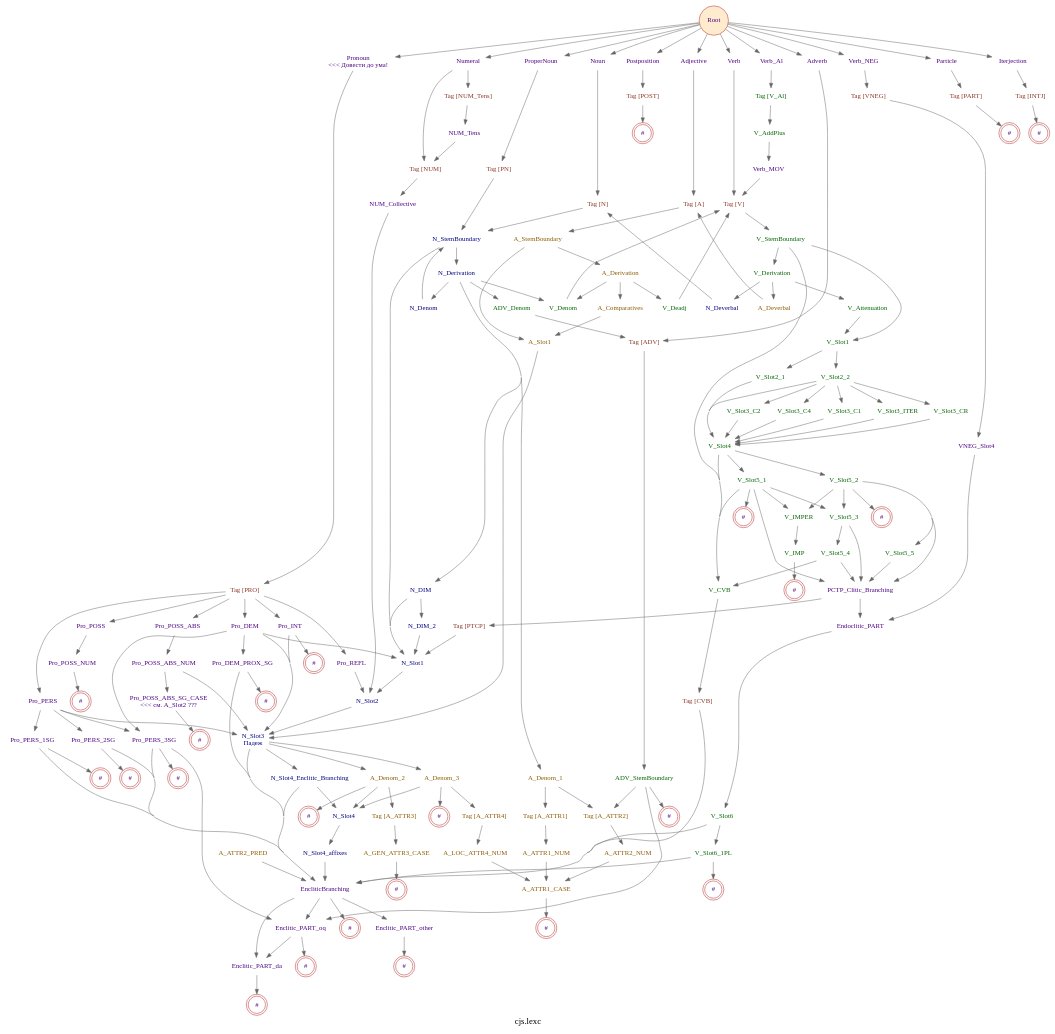
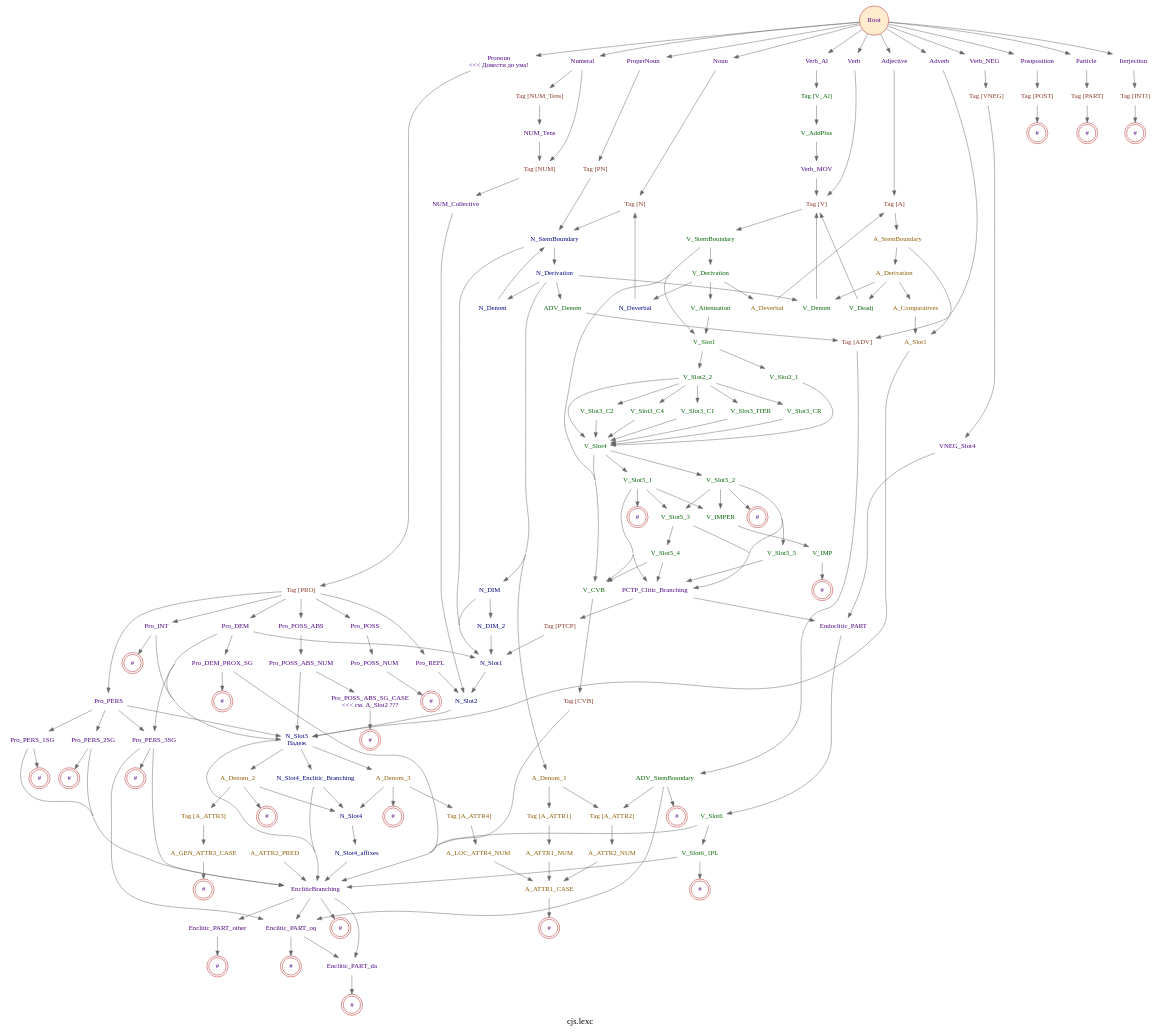
The diagram in doc/cjs.lexc.gv (kyrill-shakhovtsov/cjs-morphology-fst), drawn with Graphviz before and after one commit. The commit also changed other lines of this file and 12 other files, not shown here.

```diff
--- a/doc/cjs.lexc.gv
+++ b/doc/cjs.lexc.gv
@@ -28,12 +28,12 @@
 	}
 	subgraph Tags {
 		graph [rank=same];
+		Tag_A	[fontcolor=tomato4,
+			label="Tag [A]"];
 		Tag_N	[fontcolor=tomato4,
 			label="Tag [N]"];
 		Tag_V	[fontcolor=tomato4,
 			label="Tag [V]"];
-		Tag_A	[fontcolor=tomato4,
-			label="Tag [A]"];
 	}
 	Root	[color=firebrick,
 		fillcolor=blanchedalmond,
@@ -85,14 +85,32 @@
 	Tag_INTJ	[fontcolor=tomato4,
 		label="Tag [INTJ]"];
 	Iterjection -> Tag_INTJ;
+	A_StemBoundary	[fontcolor=orange4,
+		label=A_StemBoundary];
+	Tag_A -> A_StemBoundary;
+	ADV_StemBoundary	[fontcolor=darkgreen,
+		label=ADV_StemBoundary];
+	Tag_ADV -> ADV_StemBoundary;
+	"Tag_INTJ_#"	[color=firebrick,
+		label="#",
+		shape=doublecircle];
+	Tag_INTJ -> "Tag_INTJ_#";
 	N_StemBoundary	[fontcolor=navy,
 		label=N_StemBoundary];
 	Tag_N -> N_StemBoundary;
 	Tag_PN -> N_StemBoundary;
-	"Tag_INTJ_#"	[color=firebrick,
+	NUM_Collective	[label=NUM_Collective];
+	Tag_NUM -> NUM_Collective;
+	NUM_Tens	[label=NUM_Tens];
+	Tag_NUM_Tens -> NUM_Tens;
+	"Tag_PART_#"	[color=firebrick,
 		label="#",
 		shape=doublecircle];
-	Tag_INTJ -> "Tag_INTJ_#";
+	Tag_PART -> "Tag_PART_#";
+	"Tag_POST_#"	[color=firebrick,
+		label="#",
+		shape=doublecircle];
+	Tag_POST -> "Tag_POST_#";
 	V_StemBoundary	[fontcolor=darkgreen,
 		label=V_StemBoundary];
 	Tag_V -> V_StemBoundary;
@@ -103,164 +121,33 @@
 	Verb_MOV -> Tag_V;
 	VNEG_Slot4	[label=VNEG_Slot4];
 	Tag_VNEG -> VNEG_Slot4;
-	"Tag_POST_#"	[color=firebrick,
+	Tag_A_ATTR2	[fontcolor=orange4,
+		label="Tag [A_ATTR2]"];
+	ADV_StemBoundary -> Tag_A_ATTR2;
+	Enclitic_PART_oq	[label=Enclitic_PART_oq];
+	ADV_StemBoundary -> Enclitic_PART_oq;
+	"ADV_StemBoundary_#"	[color=firebrick,
 		label="#",
 		shape=doublecircle];
-	Tag_POST -> "Tag_POST_#";
-	A_StemBoundary	[fontcolor=orange4,
-		label=A_StemBoundary];
-	Tag_A -> A_StemBoundary;
-	ADV_StemBoundary	[fontcolor=darkgreen,
-		label=ADV_StemBoundary];
-	Tag_ADV -> ADV_StemBoundary;
-	"Tag_PART_#"	[color=firebrick,
+	ADV_StemBoundary -> "ADV_StemBoundary_#";
+	A_ATTR2_NUM	[fontcolor=orange4,
+		label=A_ATTR2_NUM];
+	Tag_A_ATTR2 -> A_ATTR2_NUM;
+	Enclitic_PART_da	[label=Enclitic_PART_da];
+	Enclitic_PART_oq -> Enclitic_PART_da;
+	"Enclitic_PART_oq_#"	[color=firebrick,
 		label="#",
 		shape=doublecircle];
-	Tag_PART -> "Tag_PART_#";
-	NUM_Collective	[label=NUM_Collective];
-	Tag_NUM -> NUM_Collective;
-	NUM_Tens	[label=NUM_Tens];
-	Tag_NUM_Tens -> NUM_Tens;
-	V_Derivation	[fontcolor=darkgreen,
-		label=V_Derivation];
-	V_StemBoundary -> V_Derivation;
-	V_Slot1	[fontcolor=darkgreen,
-		label=V_Slot1];
-	V_StemBoundary -> V_Slot1;
-	V_CVB	[fontcolor=darkgreen,
-		label=V_CVB];
-	V_StemBoundary -> V_CVB;
-	Endoclitic_PART	[label=Endoclitic_PART];
-	VNEG_Slot4 -> Endoclitic_PART;
-	V_Attenuation	[fontcolor=darkgreen,
-		label=V_Attenuation];
-	V_Derivation -> V_Attenuation;
-	N_Deverbal	[fontcolor=navy,
-		label=N_Deverbal];
-	V_Derivation -> N_Deverbal;
-	A_Deverbal	[fontcolor=orange4,
-		label=A_Deverbal];
-	V_Derivation -> A_Deverbal;
-	V_Slot2_1	[fontcolor=darkgreen,
-		label=V_Slot2_1];
-	V_Slot1 -> V_Slot2_1;
-	V_Slot2_2	[fontcolor=darkgreen,
-		label=V_Slot2_2];
-	V_Slot1 -> V_Slot2_2;
-	Tag_CVB	[fontcolor=tomato4,
-		label="Tag [CVB]"];
-	V_CVB -> Tag_CVB;
-	V_Attenuation -> V_Slot1;
-	N_Deverbal -> Tag_N;
-	A_Deverbal -> Tag_A;
-	V_Slot4	[fontcolor=darkgreen,
-		label=V_Slot4];
-	V_Slot2_1 -> V_Slot4;
-	V_Slot2_2 -> V_Slot4;
-	V_Slot3_C2	[fontcolor=darkgreen,
-		label=V_Slot3_C2];
-	V_Slot2_2 -> V_Slot3_C2;
-	V_Slot3_C4	[fontcolor=darkgreen,
-		label=V_Slot3_C4];
-	V_Slot2_2 -> V_Slot3_C4;
-	V_Slot3_C1	[fontcolor=darkgreen,
-		label=V_Slot3_C1];
-	V_Slot2_2 -> V_Slot3_C1;
-	V_Slot3_ITER	[fontcolor=darkgreen,
-		label=V_Slot3_ITER];
-	V_Slot2_2 -> V_Slot3_ITER;
-	V_Slot3_CR	[fontcolor=darkgreen,
-		label=V_Slot3_CR];
-	V_Slot2_2 -> V_Slot3_CR;
-	V_Slot4 -> V_CVB;
-	V_Slot5_1	[fontcolor=darkgreen,
-		label=V_Slot5_1];
-	V_Slot4 -> V_Slot5_1;
-	V_Slot5_2	[fontcolor=darkgreen,
-		label=V_Slot5_2];
-	V_Slot4 -> V_Slot5_2;
-	V_Slot3_C2 -> V_Slot4;
-	V_Slot3_C4 -> V_Slot4;
-	V_Slot3_C1 -> V_Slot4;
-	V_Slot3_ITER -> V_Slot4;
-	V_Slot3_CR -> V_Slot4;
-	V_Slot5_1 -> V_CVB;
-	V_Slot5_3	[fontcolor=darkgreen,
-		label=V_Slot5_3];
-	V_Slot5_1 -> V_Slot5_3;
-	PCTP_Clitic_Branching	[label=PCTP_Clitic_Branching];
-	V_Slot5_1 -> PCTP_Clitic_Branching;
-	"V_Slot5_1_#"	[color=firebrick,
-		label="#",
-		shape=doublecircle];
-	V_Slot5_1 -> "V_Slot5_1_#";
-	V_IMPER	[fontcolor=darkgreen,
-		label=V_IMPER];
-	V_Slot5_1 -> V_IMPER;
-	V_Slot5_2 -> V_Slot5_3;
-	V_Slot5_2 -> PCTP_Clitic_Branching;
-	V_Slot5_2 -> V_IMPER;
-	V_Slot5_5	[fontcolor=darkgreen,
-		label=V_Slot5_5];
-	V_Slot5_2 -> V_Slot5_5;
-	"V_Slot5_2_#"	[color=firebrick,
-		label="#",
-		shape=doublecircle];
-	V_Slot5_2 -> "V_Slot5_2_#";
-	V_Slot5_3 -> PCTP_Clitic_Branching;
-	V_Slot5_4	[fontcolor=darkgreen,
-		label=V_Slot5_4];
-	V_Slot5_3 -> V_Slot5_4;
-	PCTP_Clitic_Branching -> Endoclitic_PART;
-	Tag_PTCP	[fontcolor=tomato4,
-		label="Tag [PTCP]"];
-	PCTP_Clitic_Branching -> Tag_PTCP;
-	V_IMP	[fontcolor=darkgreen,
-		label=V_IMP];
-	V_IMPER -> V_IMP;
-	V_Slot5_5 -> PCTP_Clitic_Branching;
-	V_Slot5_4 -> V_CVB;
-	V_Slot5_4 -> PCTP_Clitic_Branching;
-	V_Slot6	[fontcolor=darkgreen,
-		label=V_Slot6];
-	Endoclitic_PART -> V_Slot6;
-	"V_IMP_#"	[color=firebrick,
-		label="#",
-		shape=doublecircle];
-	V_IMP -> "V_IMP_#";
-	N_Slot1	[fontcolor=navy,
-		label=N_Slot1];
-	Tag_PTCP -> N_Slot1;
+	Enclitic_PART_oq -> "Enclitic_PART_oq_#";
 	EncliticBranching	[label=EncliticBranching];
-	V_Slot6 -> EncliticBranching;
-	V_Slot6_1PL	[fontcolor=darkgreen,
-		label=V_Slot6_1PL];
-	V_Slot6 -> V_Slot6_1PL;
-	Enclitic_PART_oq	[label=Enclitic_PART_oq];
 	EncliticBranching -> Enclitic_PART_oq;
 	Enclitic_PART_other	[label=Enclitic_PART_other];
 	EncliticBranching -> Enclitic_PART_other;
-	Enclitic_PART_da	[label=Enclitic_PART_da];
 	EncliticBranching -> Enclitic_PART_da;
 	"EncliticBranching_#"	[color=firebrick,
 		label="#",
 		shape=doublecircle];
 	EncliticBranching -> "EncliticBranching_#";
-	V_Slot6_1PL -> EncliticBranching;
-	"V_Slot6_1PL_#"	[color=firebrick,
-		label="#",
-		shape=doublecircle];
-	V_Slot6_1PL -> "V_Slot6_1PL_#";
-	Tag_CVB -> EncliticBranching;
-	N_Slot2	[fontcolor=navy,
-		label=N_Slot2];
-	N_Slot1 -> N_Slot2;
-	V_AddPlus -> Verb_MOV;
-	Enclitic_PART_oq -> Enclitic_PART_da;
-	"Enclitic_PART_oq_#"	[color=firebrick,
-		label="#",
-		shape=doublecircle];
-	Enclitic_PART_oq -> "Enclitic_PART_oq_#";
 	"Enclitic_PART_other_#"	[color=firebrick,
 		label="#",
 		shape=doublecircle];
@@ -269,21 +156,20 @@
 		label="#",
 		shape=doublecircle];
 	Enclitic_PART_da -> "Enclitic_PART_da_#";
-	ADV_StemBoundary -> Enclitic_PART_oq;
-	Tag_A_ATTR2	[fontcolor=orange4,
-		label="Tag [A_ATTR2]"];
-	ADV_StemBoundary -> Tag_A_ATTR2;
-	"ADV_StemBoundary_#"	[color=firebrick,
-		label="#",
-		shape=doublecircle];
-	ADV_StemBoundary -> "ADV_StemBoundary_#";
-	A_ATTR2_NUM	[fontcolor=orange4,
-		label=A_ATTR2_NUM];
-	Tag_A_ATTR2 -> A_ATTR2_NUM;
-	N_StemBoundary -> N_Slot1;
+	Endoclitic_PART	[label=Endoclitic_PART];
+	V_Slot6	[fontcolor=darkgreen,
+		label=V_Slot6];
+	Endoclitic_PART -> V_Slot6;
+	V_Slot6 -> EncliticBranching;
+	V_Slot6_1PL	[fontcolor=darkgreen,
+		label=V_Slot6_1PL];
+	V_Slot6 -> V_Slot6_1PL;
 	N_Derivation	[fontcolor=navy,
 		label=N_Derivation];
 	N_StemBoundary -> N_Derivation;
+	N_Slot1	[fontcolor=navy,
+		label=N_Slot1];
+	N_StemBoundary -> N_Slot1;
 	N_DIM	[fontcolor=navy,
 		label=N_DIM];
 	N_Derivation -> N_DIM;
@@ -299,6 +185,9 @@
 	ADV_Denom	[fontcolor=darkgreen,
 		label=ADV_Denom];
 	N_Derivation -> ADV_Denom;
+	N_Slot2	[fontcolor=navy,
+		label=N_Slot2];
+	N_Slot1 -> N_Slot2;
 	N_DIM -> N_Slot1;
 	N_DIM_2	[fontcolor=navy,
 		label=N_DIM_2];
@@ -433,8 +322,8 @@
 		label="#",
 		shape=doublecircle];
 	Pro_PERS_2SG -> "Pro_PERS_2SG_#";
+	Pro_PERS_3SG -> Enclitic_PART_oq;
 	Pro_PERS_3SG -> EncliticBranching;
-	Pro_PERS_3SG -> Enclitic_PART_oq;
 	"Pro_PERS_3SG_#"	[color=firebrick,
 		label="#",
 		shape=doublecircle];
@@ -457,4 +346,115 @@
 	Pro_DEM_PROX_SG -> "Pro_DEM_PROX_SG_#";
 	NUM_Collective -> N_Slot2;
 	NUM_Tens -> Tag_NUM;
+	V_Derivation	[fontcolor=darkgreen,
+		label=V_Derivation];
+	V_StemBoundary -> V_Derivation;
+	V_Slot1	[fontcolor=darkgreen,
+		label=V_Slot1];
+	V_StemBoundary -> V_Slot1;
+	V_CVB	[fontcolor=darkgreen,
+		label=V_CVB];
+	V_StemBoundary -> V_CVB;
+	VNEG_Slot4 -> Endoclitic_PART;
+	V_Attenuation	[fontcolor=darkgreen,
+		label=V_Attenuation];
+	V_Derivation -> V_Attenuation;
+	N_Deverbal	[fontcolor=navy,
+		label=N_Deverbal];
+	V_Derivation -> N_Deverbal;
+	A_Deverbal	[fontcolor=orange4,
+		label=A_Deverbal];
+	V_Derivation -> A_Deverbal;
+	V_Slot2_1	[fontcolor=darkgreen,
+		label=V_Slot2_1];
+	V_Slot1 -> V_Slot2_1;
+	V_Slot2_2	[fontcolor=darkgreen,
+		label=V_Slot2_2];
+	V_Slot1 -> V_Slot2_2;
+	Tag_CVB	[fontcolor=tomato4,
+		label="Tag [CVB]"];
+	V_CVB -> Tag_CVB;
+	V_Attenuation -> V_Slot1;
+	N_Deverbal -> Tag_N;
+	A_Deverbal -> Tag_A;
+	V_Slot4	[fontcolor=darkgreen,
+		label=V_Slot4];
+	V_Slot2_1 -> V_Slot4;
+	V_Slot2_2 -> V_Slot4;
+	V_Slot3_C2	[fontcolor=darkgreen,
+		label=V_Slot3_C2];
+	V_Slot2_2 -> V_Slot3_C2;
+	V_Slot3_C4	[fontcolor=darkgreen,
+		label=V_Slot3_C4];
+	V_Slot2_2 -> V_Slot3_C4;
+	V_Slot3_C1	[fontcolor=darkgreen,
+		label=V_Slot3_C1];
+	V_Slot2_2 -> V_Slot3_C1;
+	V_Slot3_ITER	[fontcolor=darkgreen,
+		label=V_Slot3_ITER];
+	V_Slot2_2 -> V_Slot3_ITER;
+	V_Slot3_CR	[fontcolor=darkgreen,
+		label=V_Slot3_CR];
+	V_Slot2_2 -> V_Slot3_CR;
+	V_Slot4 -> V_CVB;
+	V_Slot5_1	[fontcolor=darkgreen,
+		label=V_Slot5_1];
+	V_Slot4 -> V_Slot5_1;
+	V_Slot5_2	[fontcolor=darkgreen,
+		label=V_Slot5_2];
+	V_Slot4 -> V_Slot5_2;
+	V_Slot3_C2 -> V_Slot4;
+	V_Slot3_C4 -> V_Slot4;
+	V_Slot3_C1 -> V_Slot4;
+	V_Slot3_ITER -> V_Slot4;
+	V_Slot3_CR -> V_Slot4;
+	V_Slot5_1 -> V_CVB;
+	V_Slot5_3	[fontcolor=darkgreen,
+		label=V_Slot5_3];
+	V_Slot5_1 -> V_Slot5_3;
+	PCTP_Clitic_Branching	[label=PCTP_Clitic_Branching];
+	V_Slot5_1 -> PCTP_Clitic_Branching;
+	"V_Slot5_1_#"	[color=firebrick,
+		label="#",
+		shape=doublecircle];
+	V_Slot5_1 -> "V_Slot5_1_#";
+	V_IMPER	[fontcolor=darkgreen,
+		label=V_IMPER];
+	V_Slot5_1 -> V_IMPER;
+	V_Slot5_2 -> V_Slot5_3;
+	V_Slot5_2 -> PCTP_Clitic_Branching;
+	V_Slot5_2 -> V_IMPER;
+	V_Slot5_5	[fontcolor=darkgreen,
+		label=V_Slot5_5];
+	V_Slot5_2 -> V_Slot5_5;
+	"V_Slot5_2_#"	[color=firebrick,
+		label="#",
+		shape=doublecircle];
+	V_Slot5_2 -> "V_Slot5_2_#";
+	V_Slot5_3 -> PCTP_Clitic_Branching;
+	V_Slot5_4	[fontcolor=darkgreen,
+		label=V_Slot5_4];
+	V_Slot5_3 -> V_Slot5_4;
+	PCTP_Clitic_Branching -> Endoclitic_PART;
+	Tag_PTCP	[fontcolor=tomato4,
+		label="Tag [PTCP]"];
+	PCTP_Clitic_Branching -> Tag_PTCP;
+	V_IMP	[fontcolor=darkgreen,
+		label=V_IMP];
+	V_IMPER -> V_IMP;
+	V_Slot5_5 -> PCTP_Clitic_Branching;
+	V_Slot5_4 -> V_CVB;
+	V_Slot5_4 -> PCTP_Clitic_Branching;
+	"V_IMP_#"	[color=firebrick,
+		label="#",
+		shape=doublecircle];
+	V_IMP -> "V_IMP_#";
+	Tag_PTCP -> N_Slot1;
+	V_Slot6_1PL -> EncliticBranching;
+	"V_Slot6_1PL_#"	[color=firebrick,
+		label="#",
+		shape=doublecircle];
+	V_Slot6_1PL -> "V_Slot6_1PL_#";
+	Tag_CVB -> EncliticBranching;
+	V_AddPlus -> Verb_MOV;
 }
```
